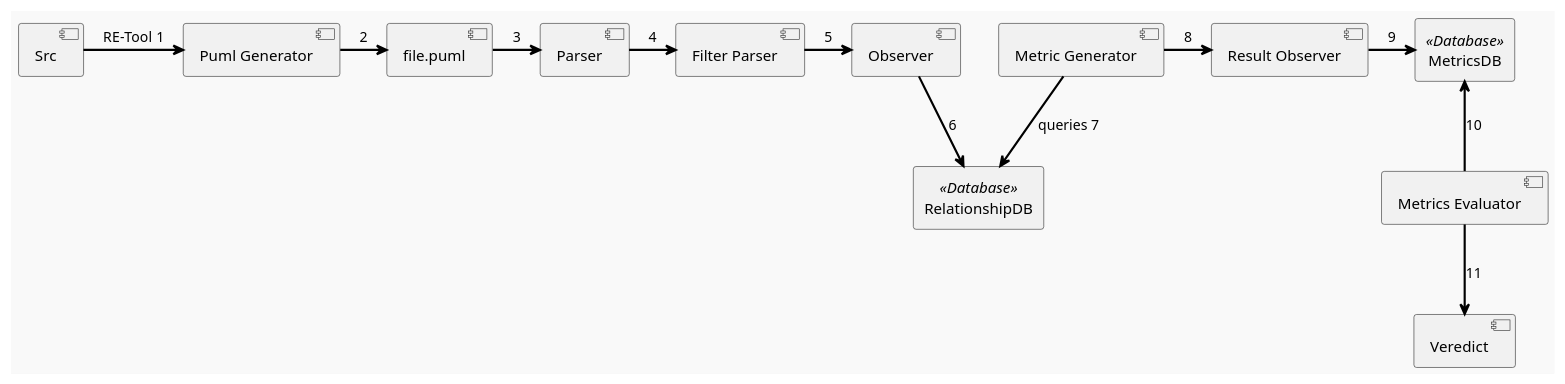
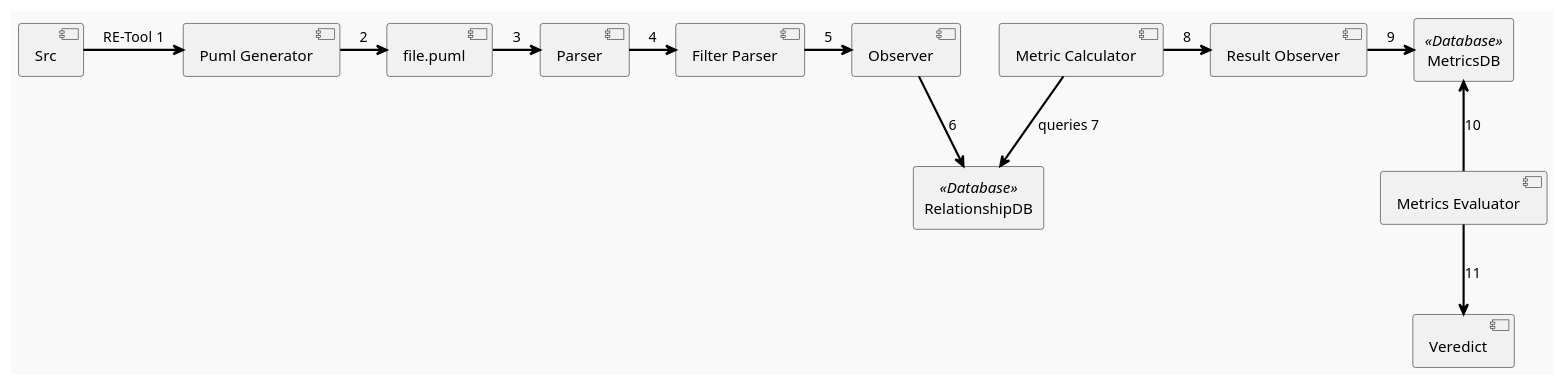
One commit to GonzaloGarciaZurlo/CodeDesignDeltaEvaluator changed the diagram in Design/ComunicationDiagram.plantuml. Above: the diagram before and after it, drawn with PlantUML. The commit also changed 7 other files, not shown here.

Commit message:
UML diagrams correction

```diff
--- a/Design/ComunicationDiagram.plantuml
+++ b/Design/ComunicationDiagram.plantuml
@@ -1,28 +1,28 @@
 @startuml ComunicationDiagram
 skinparam packageStyle rectangle
 skinparam shadowing false
 skinparam backgroundColor #F9F9F9
 skinparam packageBackgroundColor #DDDDDD
 skinparam packageBorderColor #000000
 skinparam arrowColor #000000
 skinparam arrowThickness 2
 
 package "RelationshipDB" <<Database>> {
 }
 
 package "MetricsDB" <<Database>> {
 }
 
 [Src] -> [Puml Generator] : RE-Tool 1
 [Puml Generator] -> [file.puml] : 2
 [file.puml] -> [Parser] : 3
 [Parser] -> [Filter Parser] : 4
 [Filter Parser] -> [Observer] : 5
 [Observer] --> [RelationshipDB] : 6
-[Metric Generator] --> [RelationshipDB] : queries 7
-[Metric Generator] -> [Result Observer] : 8
+[Metric Calculator] --> [RelationshipDB] : queries 7
+[Metric Calculator] -> [Result Observer] : 8
 [Result Observer] -> [MetricsDB] : 9
 [MetricsDB] <-- [Metrics Evaluator] : 10
 [Metrics Evaluator] --> [Veredict] : 11
 
 @enduml
```
